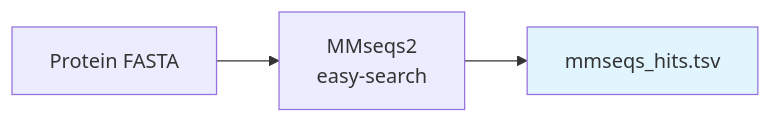
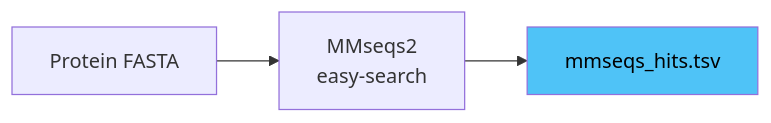
Before and after one commit to eightmm/mosaic-pl: the second of 17 diagrams in docs/pipeline.md, drawn with Mermaid. The commit also changed other lines of this file, not shown here.

````diff
--- a/docs/pipeline.md
+++ b/docs/pipeline.md
@@ -58,6 +58,6 @@
 ```mermaid
 flowchart LR
     A["Protein FASTA"] --> B["MMseqs2\neasy-search"]
     B --> C["mmseqs_hits.tsv"]
-    style C fill:#e1f5fe
+    style C fill:#4fc3f7,color:#000
 ```
````
